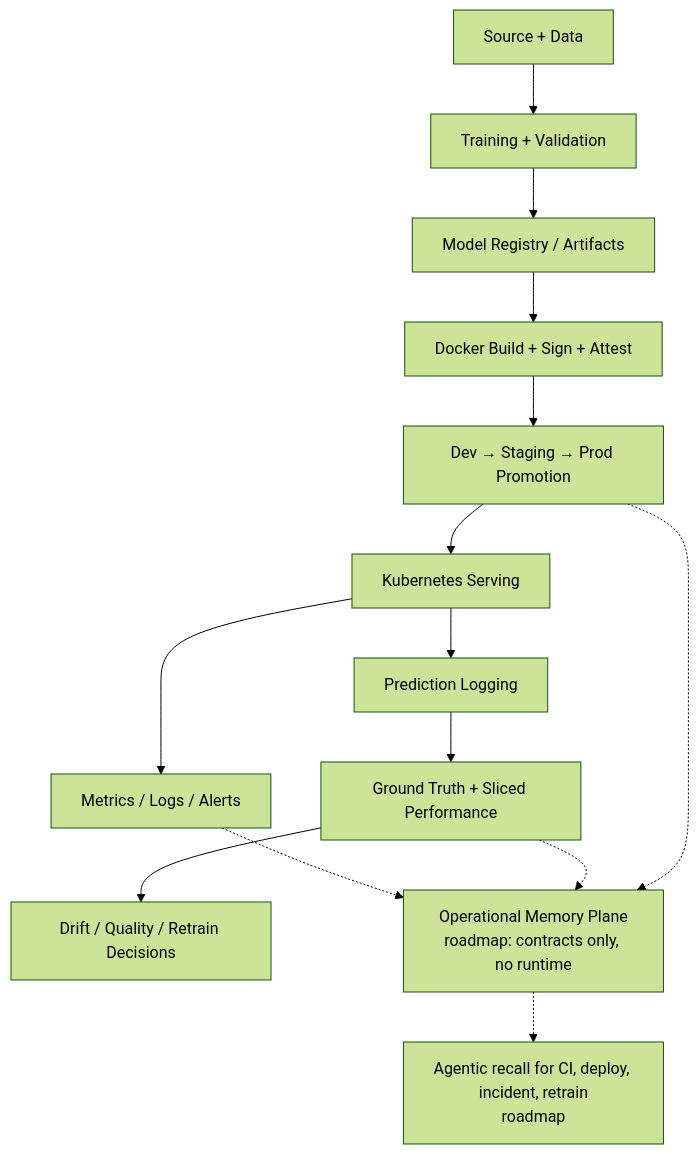
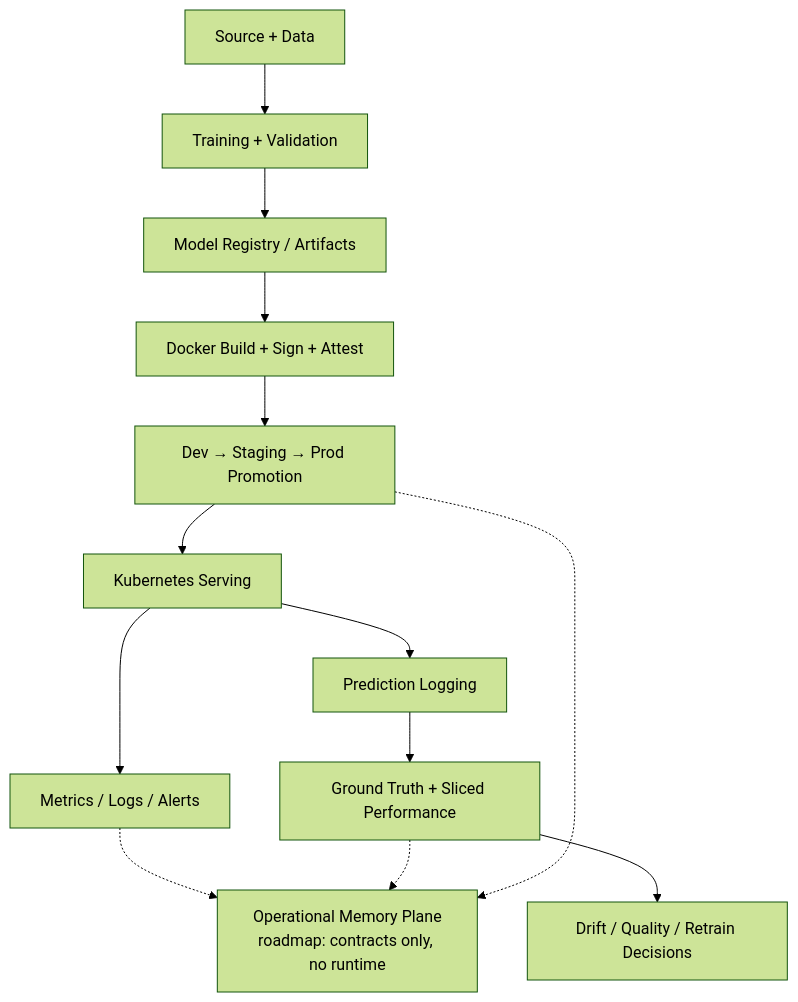
One commit to DuqueOM/ml-service-template changed the diagram in README.md. Above: the diagram before and after it, drawn with Mermaid (forest theme). The commit also changed other lines of this file and 13 other files, not shown here.

````diff
--- a/README.md
+++ b/README.md
@@ -131,16 +117,15 @@
 ```mermaid
 flowchart TD
     A["Source + Data"] --> B["Training + Validation"]
     B --> C["Model Registry / Artifacts"]
     C --> D["Docker Build + Sign + Attest"]
     D --> E["Dev → Staging → Prod Promotion"]
     E --> F["Kubernetes Serving"]
     F --> G["Metrics / Logs / Alerts"]
     F --> H["Prediction Logging"]
     H --> I["Ground Truth + Sliced Performance"]
     I --> J["Drift / Quality / Retrain Decisions"]
     G -.-> K["Operational Memory Plane<br/>roadmap: contracts only, no runtime"]
     I -.-> K
     E -.-> K
-    K -.-> L["Agentic recall for CI, deploy, incident, retrain<br/>roadmap"]
 ```
````
